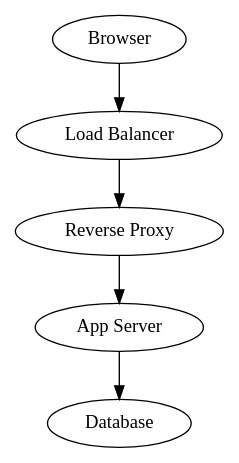
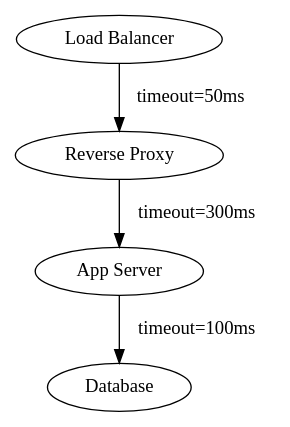
One commit to cavaliercoder/LatencyConf2017 changed the diagram in slides/agressive_timeouts.dot. Above: the diagram before and after it, drawn with Graphviz. The commit also changed 4 other files, not shown here.

```diff
--- a/slides/agressive_timeouts.dot
+++ b/slides/agressive_timeouts.dot
@@ -1,20 +1,16 @@
 digraph G {
-  # Web Browser
-  node1 [label="Browser"]
-  node1 -> node2
-
   # Load Balancer
-  node2 [label="Load Balancer" load=3] # ~ 1000/s
-  node2 -> node3 [timeout=100]
+  node1 [label="Load Balancer" load=3] # ~ 1000/s
+  node1 -> node2 [label="timeout=50ms" timeout=50]
 
   # Reverse Proxy
-  node3 [label="Reverse Proxy" load=3] # ~ 1000/s
-  node3 -> node4 [timeout=100]
+  node2 [label="Reverse Proxy" load=3] # ~ 1000/s
+  node2 -> node3 [label="timeout=300ms" timeout=300]
 
   # App server
-  node4 [label="App Server" load=100] # ~ 34/s
-  node4 -> node5 [timeout=100]
+  node3 [label="App Server" load=100] # ~ 34/s
+  node3 -> node4 [label="timeout=100ms" timeout=100]
 
   # Database
-  node5 [label="Database" load=50] # ~ 70/s
+  node4 [label="Database" load=50] # ~ 70/s
 }
```
